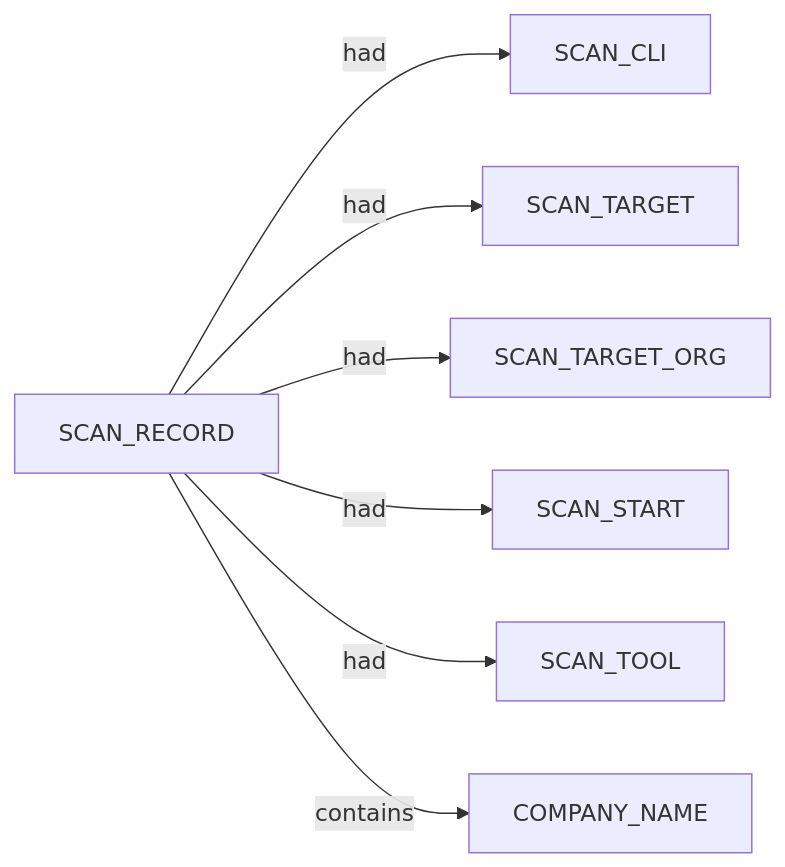
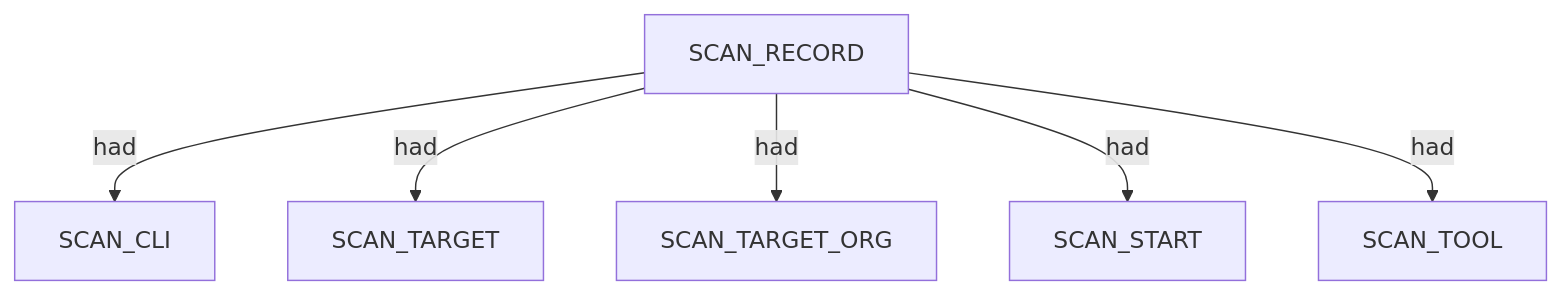
One commit to brettforbes/spiderfeet changed the first of 5 diagrams in .docs/docs-for-cli-tools/nugget_structure/pius_corporate_k2am_ndjson_proposed_nuggets_edges_description.md. Above: the diagram before and after it, drawn with Mermaid. The commit also changed other lines of this file and 17 other files, not shown here.

````diff
--- a/.docs/docs-for-cli-tools/nugget_structure/pius_corporate_k2am_ndjson_proposed_nuggets_edges_description.md
+++ b/.docs/docs-for-cli-tools/nugget_structure/pius_corporate_k2am_ndjson_proposed_nuggets_edges_description.md
@@ -17,9 +13,14 @@
 ```mermaid
-flowchart LR
-  SCAN_RECORD -->|had| SCAN_CLI
-  SCAN_RECORD -->|had| SCAN_TARGET
-  SCAN_RECORD -->|had| SCAN_TARGET_ORG
-  SCAN_RECORD -->|had| SCAN_START
-  SCAN_RECORD -->|had| SCAN_TOOL
-  SCAN_RECORD -->|contains| COMPANY_NAME
+flowchart TD
+  scan_record_1["SCAN_RECORD"]
+  scan_cli_2["SCAN_CLI"]
+  scan_record_1 -->|had| scan_cli_2
+  scan_target_3["SCAN_TARGET"]
+  scan_record_1 -->|had| scan_target_3
+  scan_target_org_4["SCAN_TARGET_ORG"]
+  scan_record_1 -->|had| scan_target_org_4
+  scan_start_5["SCAN_START"]
+  scan_record_1 -->|had| scan_start_5
+  scan_tool_6["SCAN_TOOL"]
+  scan_record_1 -->|had| scan_tool_6
 ```
````
